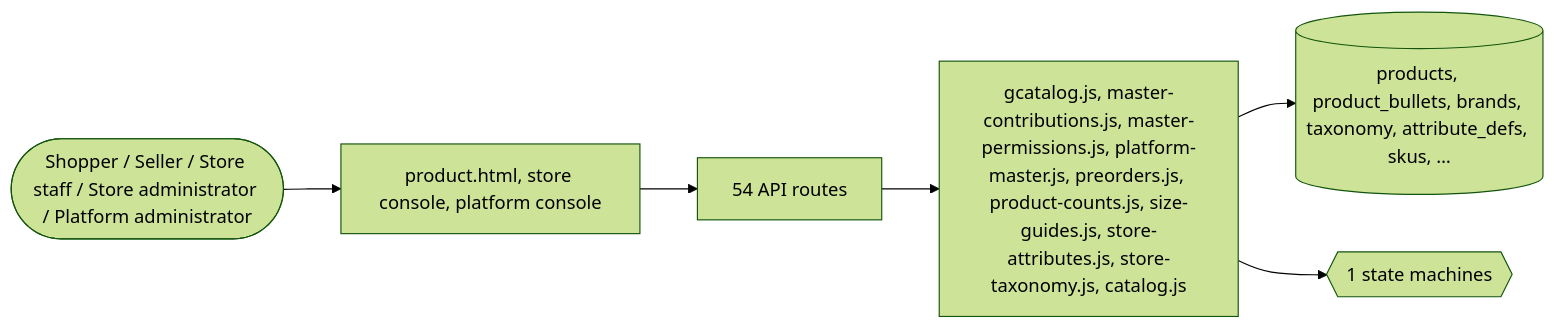
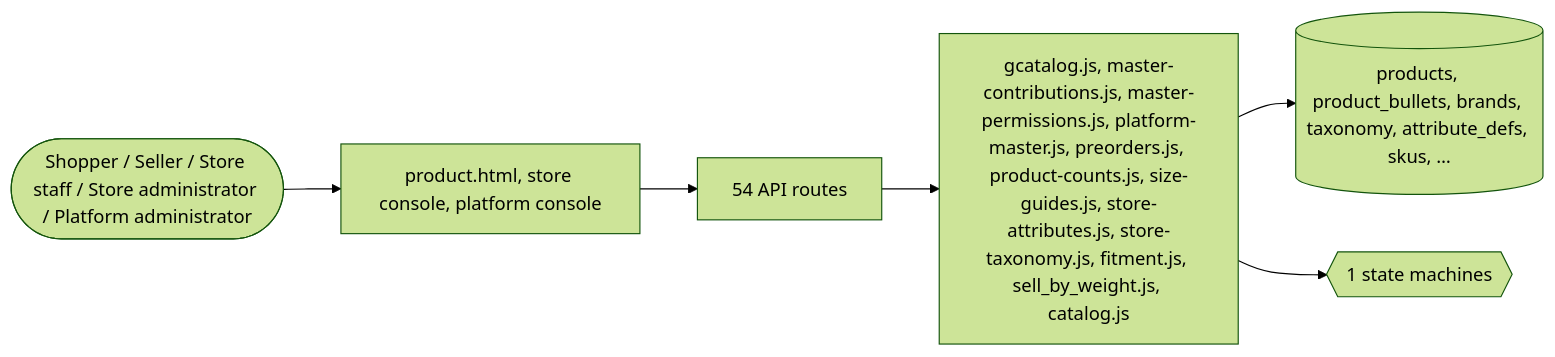
The second of 2 diagrams in docs/domains/catalog.md (echelonxventures-Projects/universal-product), drawn with Mermaid (forest theme) before and after one commit. The commit also changed other lines of this file and 67 other files, not shown here.

````diff
--- a/docs/domains/catalog.md
+++ b/docs/domains/catalog.md
@@ -306,8 +316,8 @@
 ```mermaid
 flowchart LR
   U([Shopper / Seller / Store staff / Store administrator / Platform administrator]) --> UI[product.html, store console, platform console]
   UI --> API[54 API routes]
-  API --> ENG[gcatalog.js, master-contributions.js, master-permissions.js, platform-master.js, preorders.js, product-counts.js, size-guides.js, store-attributes.js, store-taxonomy.js, catalog.js]
+  API --> ENG[gcatalog.js, master-contributions.js, master-permissions.js, platform-master.js, preorders.js, product-counts.js, size-guides.js, store-attributes.js, store-taxonomy.js, fitment.js, sell_by_weight.js, catalog.js]
   ENG --> DB[(products, product_bullets, brands, taxonomy, attribute_defs, skus, …)]
   ENG --> SM{{1 state machines}}
 ```
````
